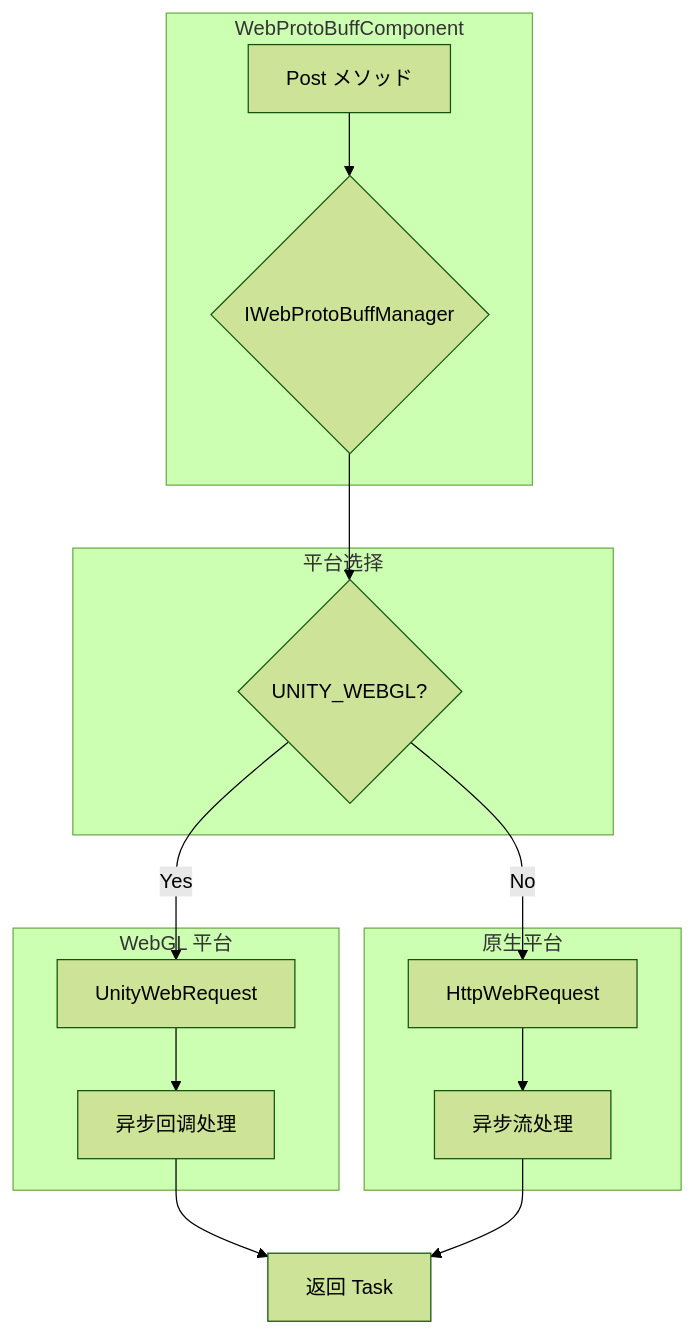
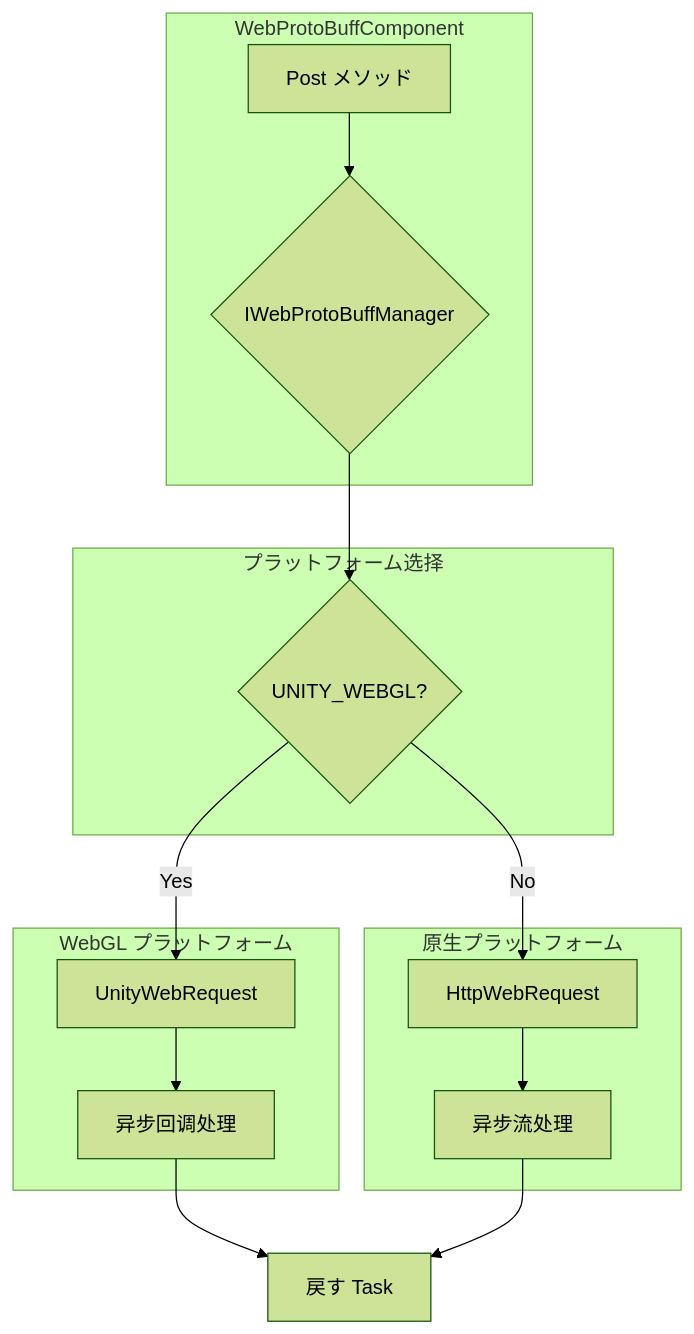
One commit to AlianBlank/GameFrameX.Docs changed the diagram in docs/ja/client/unity/component/web-protobuff/12.platform-info.md. Above: the diagram before and after it, drawn with Mermaid (forest theme). The commit also changed other lines of this file and 320 other files, not shown here.

````diff
--- a/docs/ja/client/unity/component/web-protobuff/12.platform-info.md
+++ b/docs/ja/client/unity/component/web-protobuff/12.platform-info.md
@@ -31,23 +31,23 @@
 ```mermaid
 graph TD
     subgraph WebProtoBuffComponent["WebProtoBuffComponent"]
         A[Post<T> メソッド] --> B{IWebProtoBuffManager}
     end
 
-    subgraph PlatformSelection["平台选择"]
+    subgraph PlatformSelection["プラットフォーム选择"]
         B --> C{UNITY_WEBGL?}
     end
 
-    subgraph WebGLPlatform["WebGL 平台"]
+    subgraph WebGLPlatform["WebGL プラットフォーム"]
         C -->|Yes| D[UnityWebRequest]
         D --> E[异步回调处理]
     end
 
-    subgraph NativePlatform["原生平台"]
+    subgraph NativePlatform["原生プラットフォーム"]
         C -->|No| F[HttpWebRequest]
         F --> G[异步流处理]
     end
 
-    E --> H[返回 Task<T>]
+    E --> H[戻す Task<T>]
     G --> H
 ```
````
